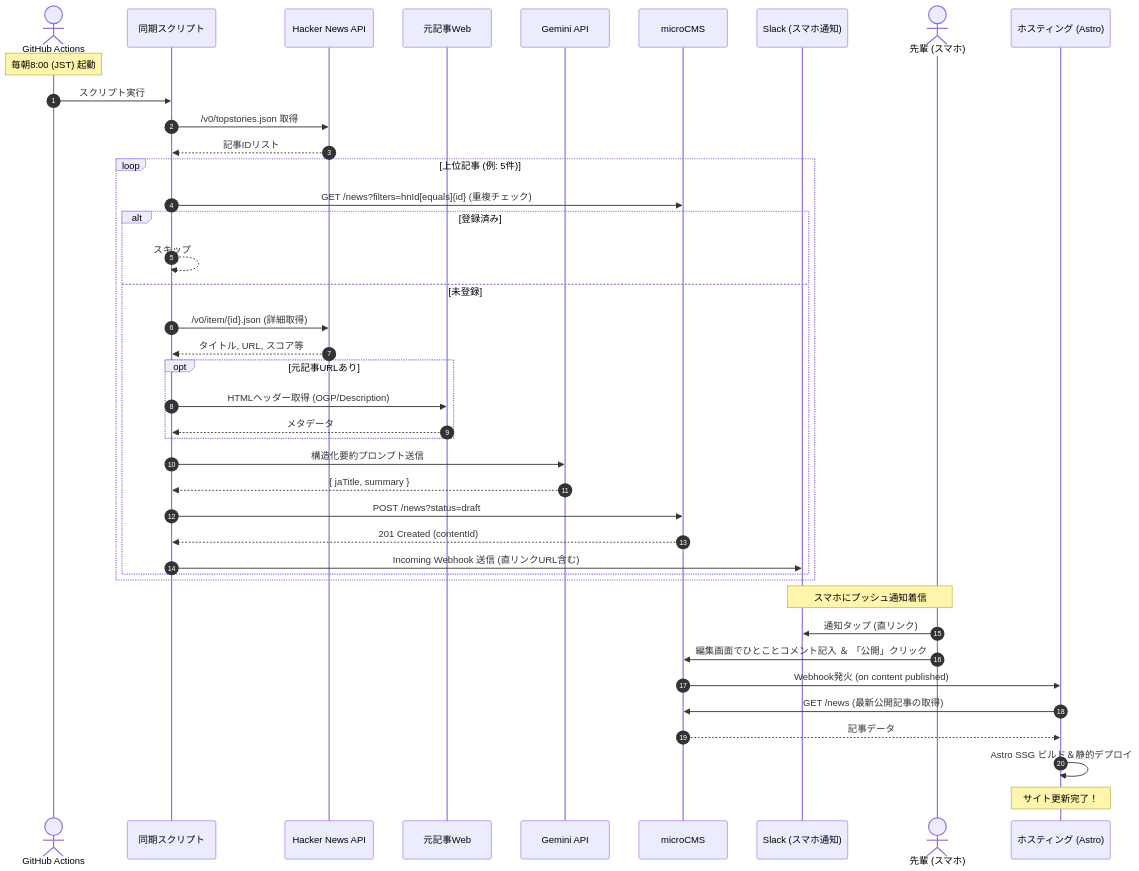
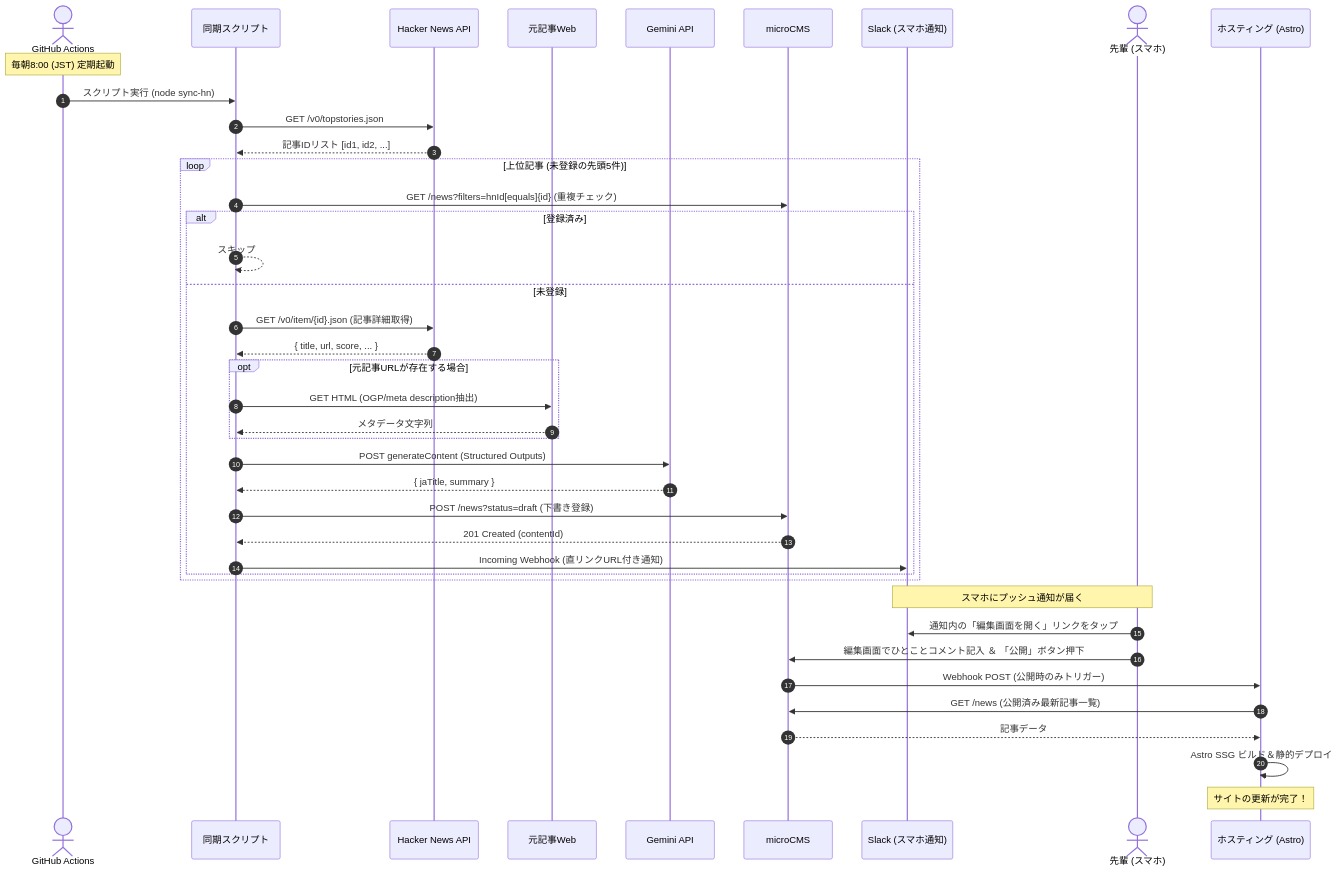
Before and after one commit to blacpans/hnmc: the third of 4 diagrams in docs/architecture.md, drawn with Mermaid. The commit also changed other lines of this file, not shown here.

````diff
--- a/docs/architecture.md
+++ b/docs/architecture.md
@@ -118,46 +97,46 @@
 ```mermaid
 sequenceDiagram
     autonumber
     actor Cron as GitHub Actions
     participant Script as 同期スクリプト
     participant HN as Hacker News API
     participant Target as 元記事Web
     participant Gemini as Gemini API
     participant CMS as microCMS
     participant Slack as Slack (スマホ通知)
     actor User as 先輩 (スマホ)
     participant Hosting as ホスティング (Astro)
 
-    Note over Cron: 毎朝8:00 (JST) 起動
-    Cron->>Script: スクリプト実行
-    Script->>HN: /v0/topstories.json 取得
-    HN-->>Script: 記事IDリスト
-    
-    loop 上位記事 (例: 5件)
+    Note over Cron: 毎朝8:00 (JST) 定期起動
+    Cron->>Script: スクリプト実行 (node sync-hn)
+    Script->>HN: GET /v0/topstories.json
+    HN-->>Script: 記事IDリスト [id1, id2, ...]
+
+    loop 上位記事 (未登録の先頭5件)
         Script->>CMS: GET /news?filters=hnId[equals]{id} (重複チェック)
         alt 登録済み
             Script-->>Script: スキップ
         else 未登録
-            Script->>HN: /v0/item/{id}.json (詳細取得)
-            HN-->>Script: タイトル, URL, スコア等
-            opt 元記事URLあり
-                Script->>Target: HTMLヘッダー取得 (OGP/Description)
-                Target-->>Script: メタデータ
+            Script->>HN: GET /v0/item/{id}.json (記事詳細取得)
+            HN-->>Script: { title, url, score, ... }
+            opt 元記事URLが存在する場合
+                Script->>Target: GET HTML (OGP/meta description抽出)
+                Target-->>Script: メタデータ文字列
             end
-            Script->>Gemini: 構造化要約プロンプト送信
+            Script->>Gemini: POST generateContent (Structured Outputs)
             Gemini-->>Script: { jaTitle, summary }
-            Script->>CMS: POST /news?status=draft
+            Script->>CMS: POST /news?status=draft (下書き登録)
             CMS-->>Script: 201 Created (contentId)
-            Script->>Slack: Incoming Webhook 送信 (直リンクURL含む)
+            Script->>Slack: Incoming Webhook (直リンクURL付き通知)
         end
     end
 
-    Note over Slack,User: スマホにプッシュ通知着信
-    User->>Slack: 通知タップ (直リンク)
-    User->>CMS: 編集画面でひとことコメント記入 ＆ 「公開」クリック
-    CMS->>Hosting: Webhook発火 (on content published)
-    Hosting->>CMS: GET /news (最新公開記事の取得)
+    Note over Slack,User: スマホにプッシュ通知が届く
+    User->>Slack: 通知内の「編集画面を開く」リンクをタップ
+    User->>CMS: 編集画面でひとことコメント記入 ＆ 「公開」ボタン押下
+    CMS->>Hosting: Webhook POST (公開時のみトリガー)
+    Hosting->>CMS: GET /news (公開済み最新記事一覧)
     CMS-->>Hosting: 記事データ
     Hosting->>Hosting: Astro SSG ビルド＆静的デプロイ
-    Note over Hosting: サイト更新完了！
+    Note over Hosting: サイトの更新が完了！
 ```
````
